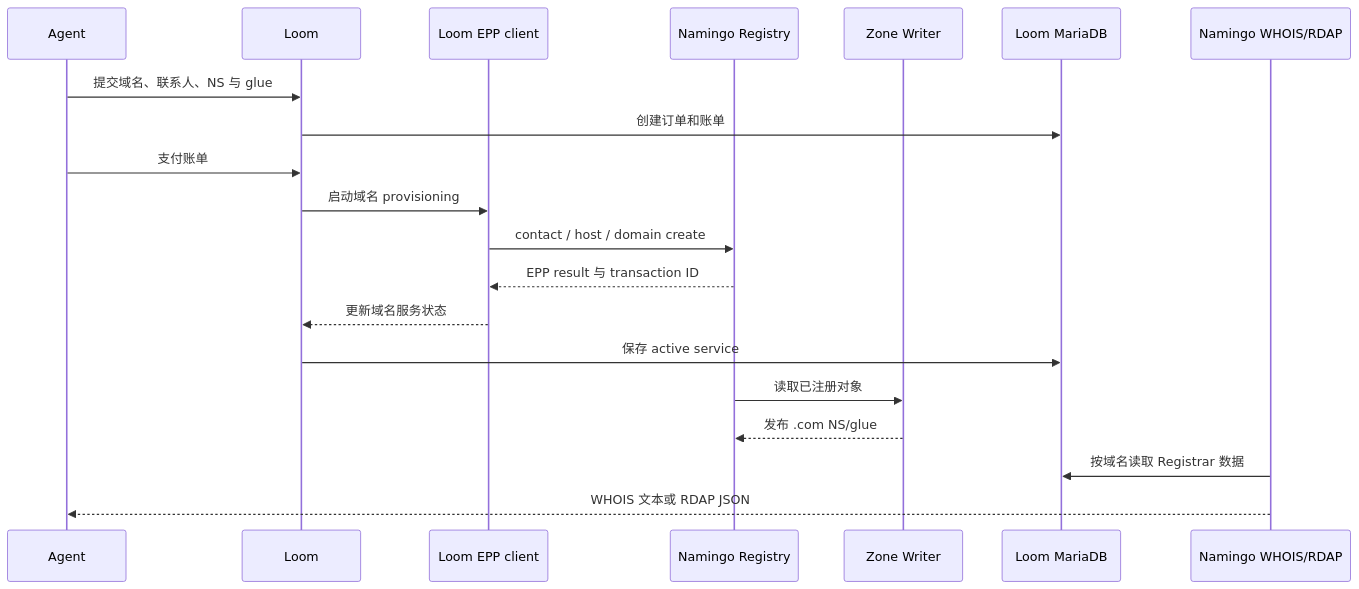
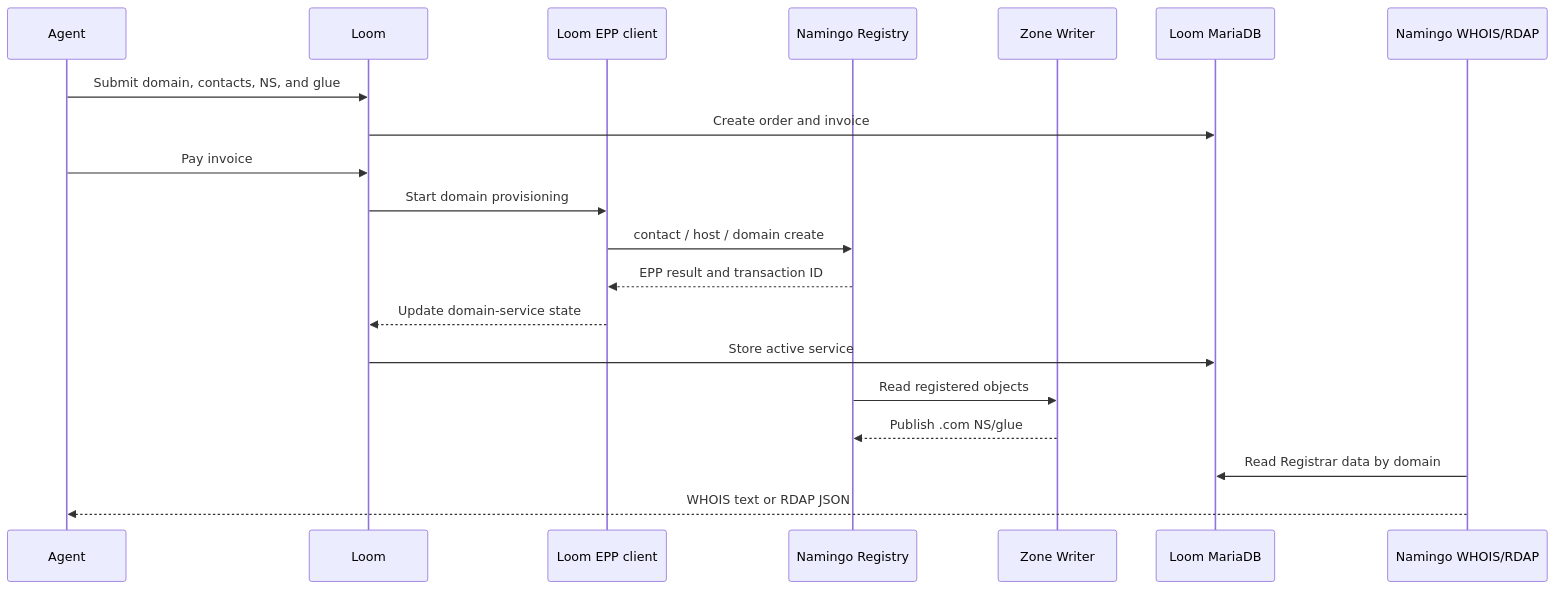
Before and after one commit to hhy123415/seedemu-agent-tools: the second of 2 diagrams in tool-service/seedemu_tool_service/tools/dns/docs/NamingoRegistrar.md, drawn with Mermaid. The commit also changed other lines of this file and 4 other files, not shown here.

````diff
--- a/tool-service/seedemu_tool_service/tools/dns/docs/NamingoRegistrar.md
+++ b/tool-service/seedemu_tool_service/tools/dns/docs/NamingoRegistrar.md
@@ -46,23 +46,23 @@
 ```mermaid
 sequenceDiagram
     participant A as Agent
     participant L as Loom
     participant E as Loom EPP client
     participant R as Namingo Registry
     participant Z as Zone Writer
     participant D as Loom MariaDB
     participant N as Namingo WHOIS/RDAP
 
-    A->>L: 提交域名、联系人、NS 与 glue
-    L->>D: 创建订单和账单
-    A->>L: 支付账单
-    L->>E: 启动域名 provisioning
+    A->>L: Submit domain, contacts, NS, and glue
+    L->>D: Create order and invoice
+    A->>L: Pay invoice
+    L->>E: Start domain provisioning
     E->>R: contact / host / domain create
-    R-->>E: EPP result 与 transaction ID
-    E-->>L: 更新域名服务状态
-    L->>D: 保存 active service
-    R->>Z: 读取已注册对象
-    Z-->>R: 发布 .com NS/glue
-    N->>D: 按域名读取 Registrar 数据
-    N-->>A: WHOIS 文本或 RDAP JSON
+    R-->>E: EPP result and transaction ID
+    E-->>L: Update domain-service state
+    L->>D: Store active service
+    R->>Z: Read registered objects
+    Z-->>R: Publish .com NS/glue
+    N->>D: Read Registrar data by domain
+    N-->>A: WHOIS text or RDAP JSON
 ```
````
